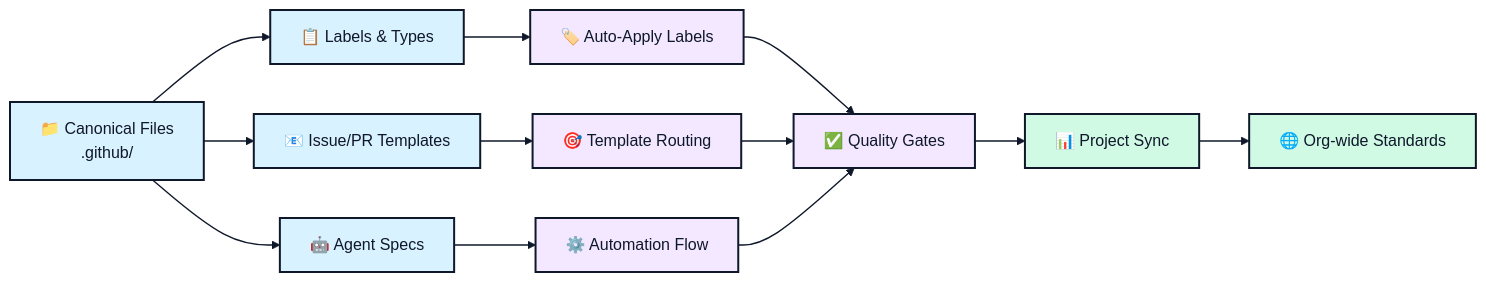
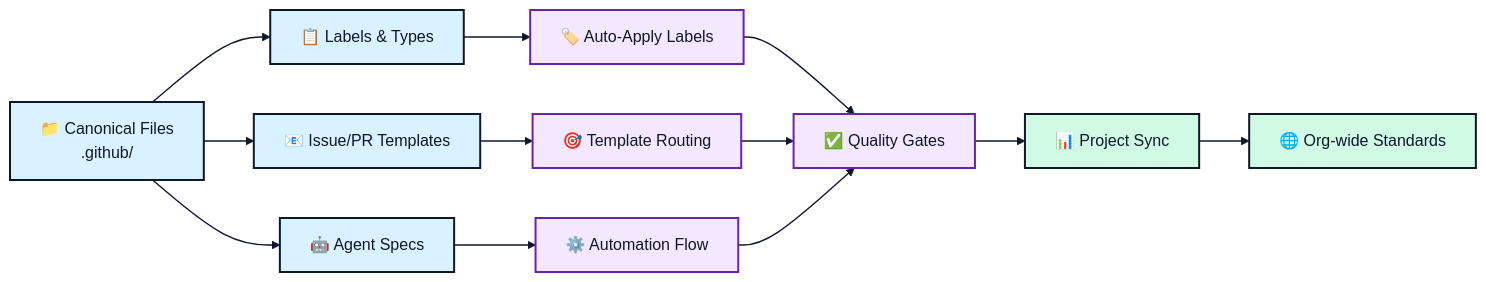
One commit to lightspeedwp/.github changed the second of 4 diagrams in README.md. Above: the diagram before and after it, drawn with Mermaid. The commit also changed other lines of this file, not shown here.

First line of the commit message:
fix: Correct Mermaid diagram colours to match WCAG AA palette

````diff
--- a/README.md
+++ b/README.md
@@ -151,35 +151,35 @@
 ```mermaid
 flowchart LR
   accTitle: "Repository inheritance and automation flow"
   accDescr {
     Shows how canonical files from .github repository propagate through
     automation workflows to enforce labels, standards, and governance
     across all LightSpeed organisation repositories.
   }
 
   A["📁 Canonical Files<br/>.github/"] --> B["📋 Labels & Types"]
   B --> C["🏷️ Auto-Apply Labels"]
   
   A --> D["📧 Issue/PR Templates"]
   D --> E["🎯 Template Routing"]
   
   A --> F["🤖 Agent Specs"]
   F --> G["⚙️ Automation Flow"]
   
   C --> H["✅ Quality Gates"]
   E --> H
   G --> H
   
   H --> I["📊 Project Sync"]
   I --> J["🌐 Org-wide Standards"]
 
   classDef files fill:#d9f2ff,stroke:#0f172a,color:#0f172a,stroke-width:2px
-  classDef process fill:#f3e8ff,stroke:#0f172a,color:#0f172a,stroke-width:2px
+  classDef process fill:#f3e8ff,stroke:#6b21a8,color:#0f172a,stroke-width:2px
   classDef outcome fill:#d1fae5,stroke:#0f172a,color:#0f172a,stroke-width:2px
 
   class A,B,D,F files
   class C,E,G,H process
   class I,J outcome
 
   linkStyle default stroke:#0f172a,stroke-width:1.4px
 ```
````
